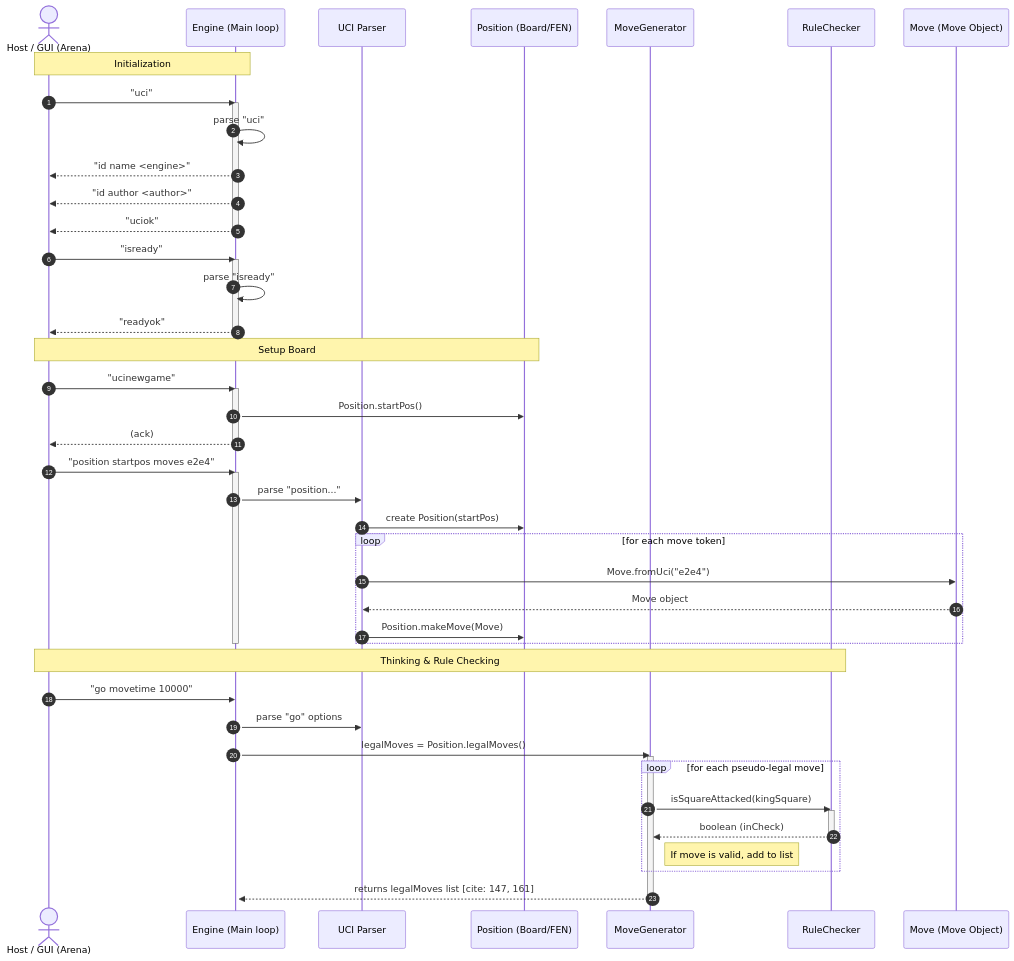
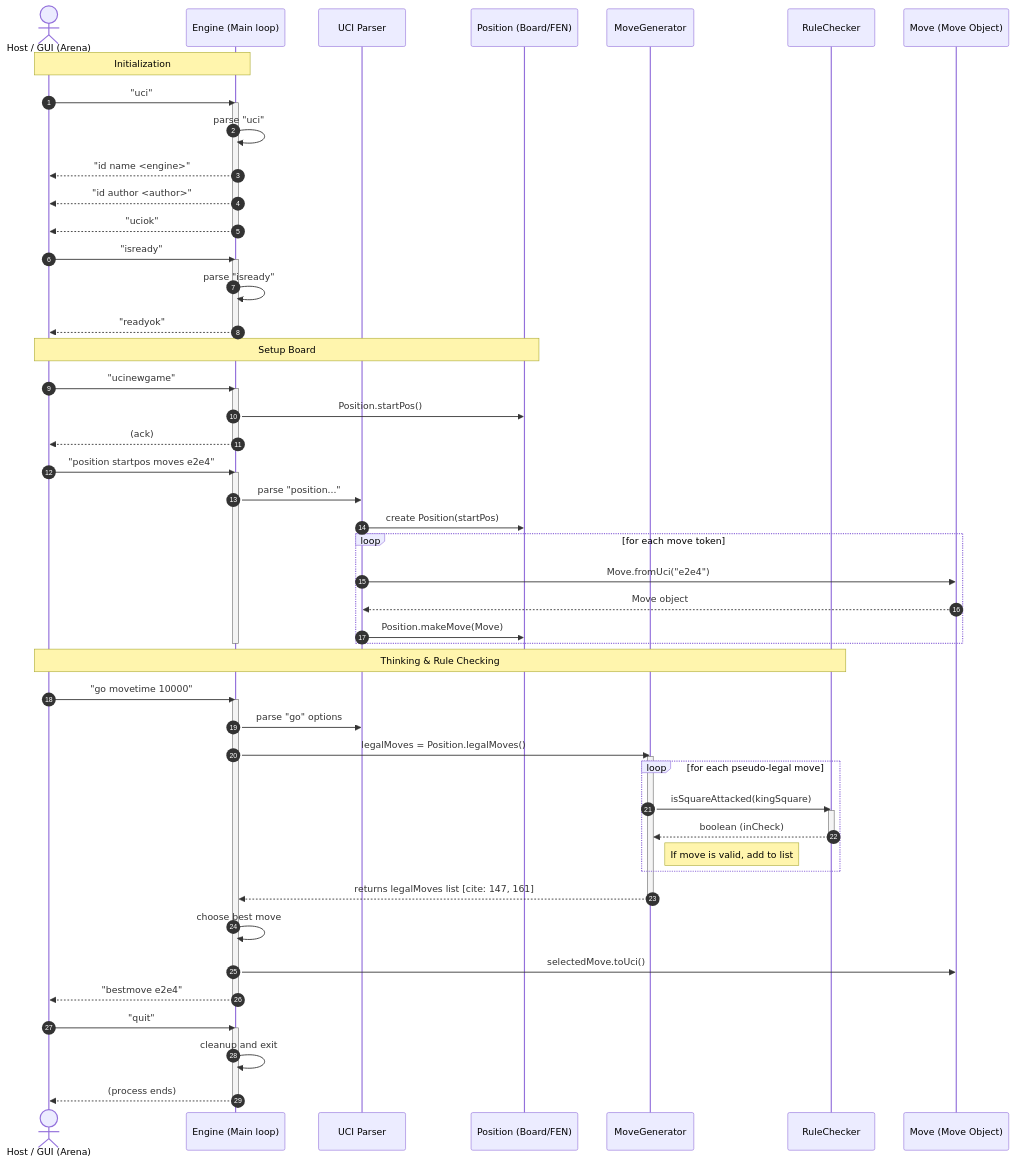
One commit to mnavarrete347/ChessGPT4 changed the diagram in sequenceDiagram.md. Above: the diagram before and after it, drawn with Mermaid.

````diff
--- a/sequenceDiagram.md
+++ b/sequenceDiagram.md
@@ -70,4 +70,17 @@
     MoveGen -->> Engine: returns legalMoves list [cite: 147, 161]
     deactivate MoveGen
 
+
+%% Selecting and Sending Move
+    Engine ->> Engine: choose best move
+    Engine ->> MoveObj: selectedMove.toUci()
+    Engine -->> Host: "bestmove e2e4"
+    deactivate Engine
+
+    %% Shutdown
+    Host ->> Engine: "quit"
+    activate Engine
+    Engine ->> Engine: cleanup and exit
+    Engine -->> Host: (process ends)
+    deactivate Engine
 ```
````
